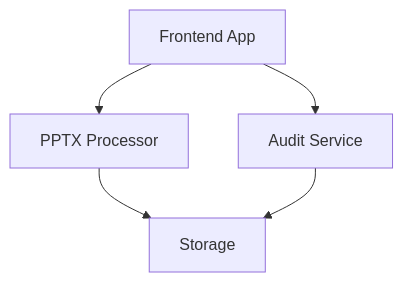
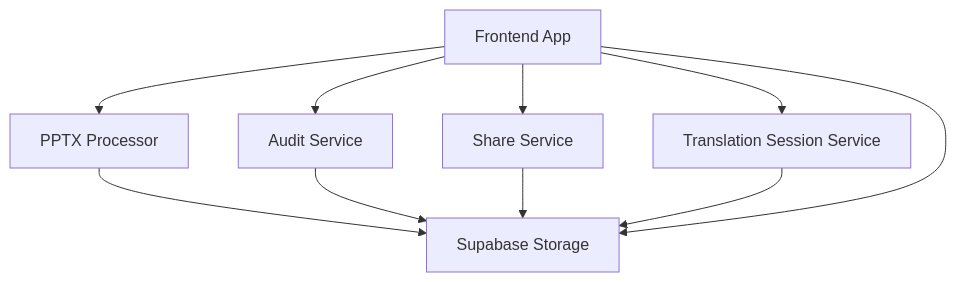
The diagram in services/README.md (OmkarKirpan/pptxTrans), drawn with Mermaid before and after one commit. The commit also changed other lines of this file and 4 other files, not shown here.

````diff
--- a/services/README.md
+++ b/services/README.md
@@ -7,7 +7,12 @@
 ```mermaid
 graph TD
     A[Frontend App] --> B[PPTX Processor]
     A --> C[Audit Service]
-    B --> D[Storage]
-    C --> D
+    A --> D[Share Service]
+    A --> E[Translation Session Service]
+    B --> F[Supabase Storage]
+    C --> F
+    D --> F
+    E --> F
+    A --> F
 ```
````
